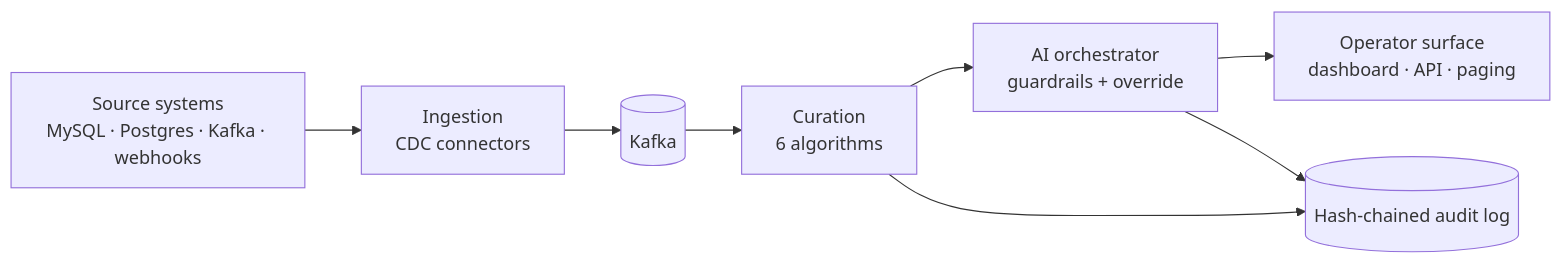
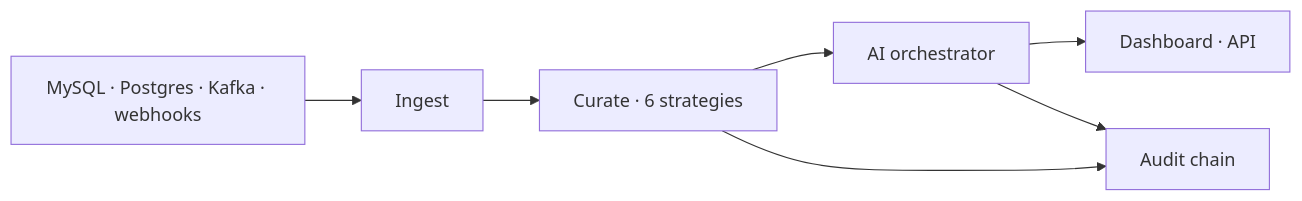
One commit to sriv1993/FluxLens changed the diagram in README.md. Above: the diagram before and after it, drawn with Mermaid. The commit also changed other lines of this file and 25 other files, not shown here.

First line of the commit message:
feat: WebSocket feed, Kafka bridge, Postgres CDC, webhooks, RBAC

````diff
--- a/README.md
+++ b/README.md
@@ -21,11 +69,10 @@
 ```mermaid
 flowchart LR
-    SRC[Source systems<br/>MySQL · Postgres · Kafka · webhooks]
-    SRC --> ING[Ingestion<br/>CDC connectors]
-    ING --> BUS[(Kafka)]
-    BUS --> CUR[Curation<br/>6 algorithms]
-    CUR --> AI[AI orchestrator<br/>guardrails + override]
-    AI --> OP[Operator surface<br/>dashboard · API · paging]
-    AI --> AUD[(Hash-chained audit log)]
-    CUR --> AUD
+    SRC[MySQL · Postgres · Kafka · webhooks]
+    SRC --> ING[Ingest]
+    ING --> CUR[Curate · 6 strategies]
+    CUR --> AI[AI orchestrator]
+    AI --> OP[Dashboard · API]
+    CUR --> AUD[Audit chain]
+    AI --> AUD
 ```
````
